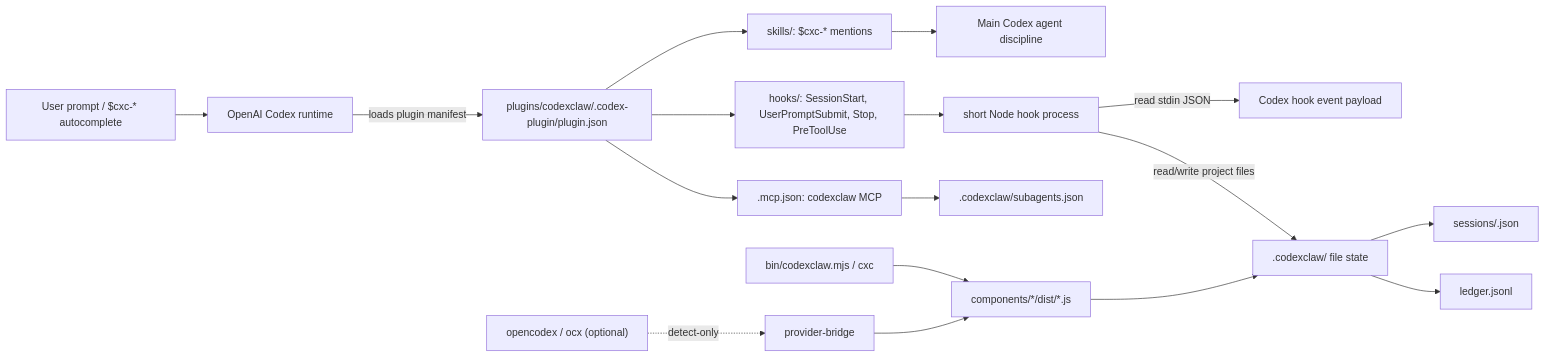
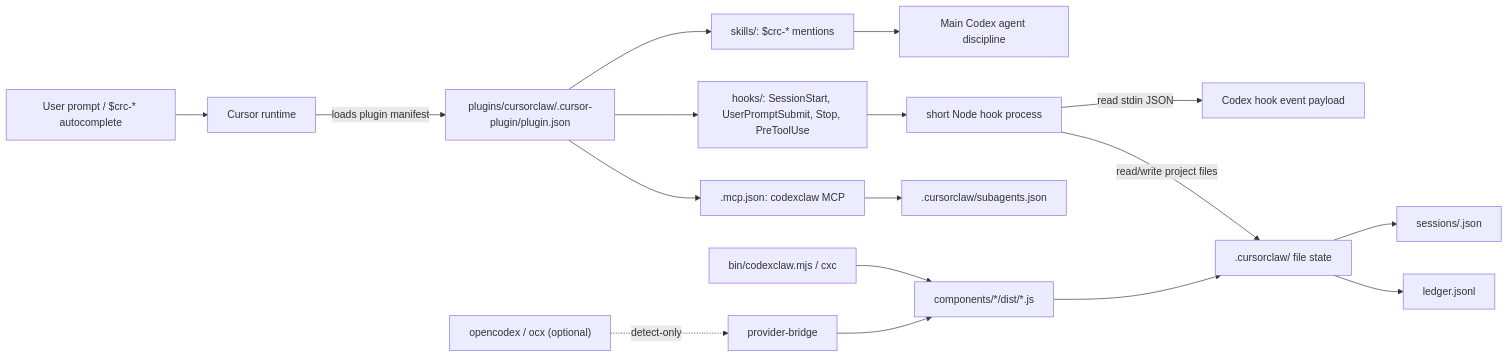
One commit to lidge-jun/lidgeclaw changed the diagram in structure/INDEX.md. Above: the diagram before and after it, drawn with Mermaid. The commit also changed other lines of this file and 918 other files, not shown here.

````diff
--- a/structure/INDEX.md
+++ b/structure/INDEX.md
@@ -41,19 +41,19 @@
 ```mermaid
 graph LR
-    CODEX["OpenAI Codex runtime"] -->|loads plugin manifest| PLUGIN["plugins/codexclaw/.codex-plugin/plugin.json"]
-    PLUGIN --> SKILLS["skills/: $cxc-* mentions"]
+    CODEX["Cursor runtime"] -->|loads plugin manifest| PLUGIN["plugins/cursorclaw/.cursor-plugin/plugin.json"]
+    PLUGIN --> SKILLS["skills/: $crc-* mentions"]
     PLUGIN --> HOOKS["hooks/: SessionStart, UserPromptSubmit, Stop, PreToolUse"]
     PLUGIN --> MCP[".mcp.json: codexclaw MCP"]
-    USER["User prompt / $cxc-* autocomplete"] --> CODEX
+    USER["User prompt / $crc-* autocomplete"] --> CODEX
     SKILLS --> AGENT["Main Codex agent discipline"]
     HOOKS --> NODE["short Node hook process"]
     NODE -->|read stdin JSON| EVENTS["Codex hook event payload"]
-    NODE -->|read/write project files| STATE[".codexclaw/ file state"]
+    NODE -->|read/write project files| STATE[".cursorclaw/ file state"]
     CLI["bin/codexclaw.mjs / cxc"] --> COMPONENTS["components/*/dist/*.js"]
     COMPONENTS --> STATE
     STATE --> SESSIONS["sessions/<id>.json"]
     STATE --> LEDGER["ledger.jsonl"]
-    MCP --> SUBCFG[".codexclaw/subagents.json"]
+    MCP --> SUBCFG[".cursorclaw/subagents.json"]
     OPENCODEX["opencodex / ocx (optional)"] -. detect-only .-> PROVIDER["provider-bridge"]
     PROVIDER --> COMPONENTS
 ```
````
